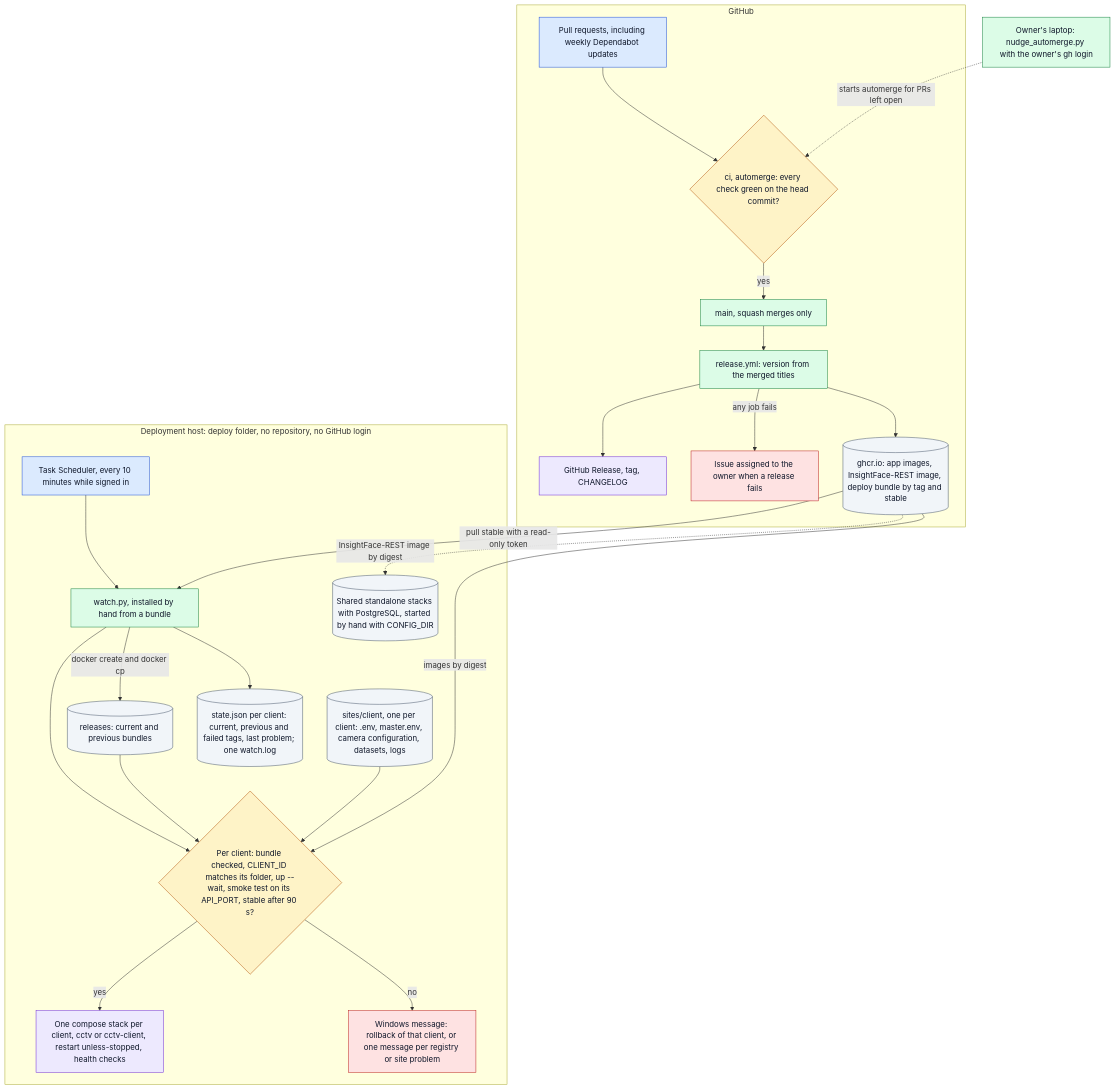
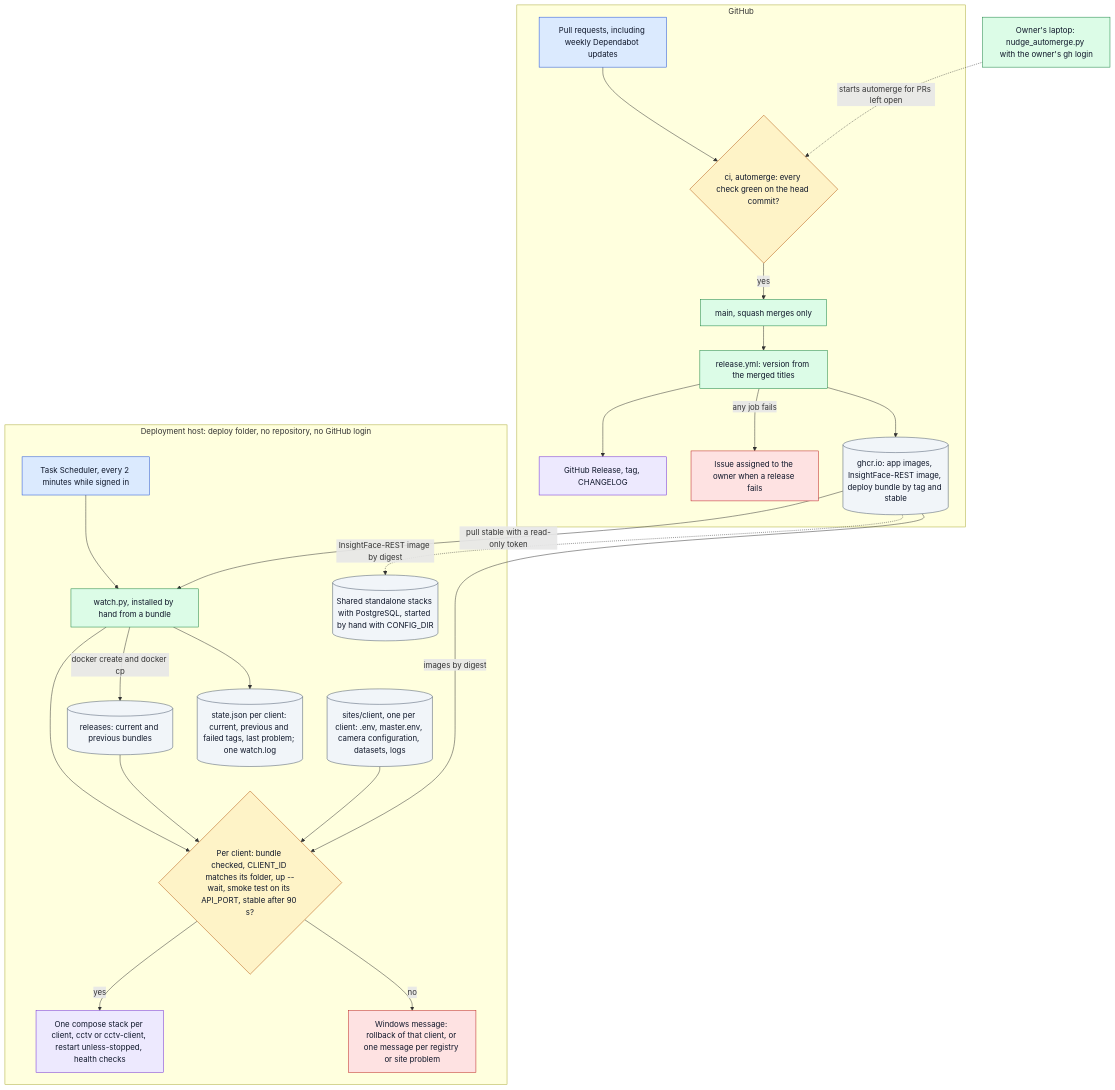
One commit to hamza-aziz-ai/CCTV-Face-Recognition-Attendance-System changed the second of 3 diagrams in docs/ARCHITECTURE.md. Above: the diagram before and after it, drawn with Mermaid. The commit also changed other lines of this file and 1 other file, not shown here.

Commit message:
docs: the deploy watcher runs every 2 minutes [skip ci]

````diff
--- a/docs/ARCHITECTURE.md
+++ b/docs/ARCHITECTURE.md
@@ -164,48 +164,48 @@
 ```mermaid
 flowchart TB
     subgraph GITHUB["`GitHub`"]
         PRS["`Pull requests, including weekly Dependabot updates`"]:::entry
         GATE{"`ci, automerge: every check green on the head commit?`"}:::decision
         MAIN["`main, squash merges only`"]:::step
         RELWF["`release.yml: version from the merged titles`"]:::step
         REL["`GitHub Release, tag, CHANGELOG`"]:::outcome
         ISSUE["`Issue assigned to the owner when a release fails`"]:::error
         GHCR[("`ghcr.io: app images, InsightFace-REST image, deploy bundle by tag and stable`")]:::store
     end
     NUDGE["`Owner's laptop: nudge_automerge.py with the owner's gh login`"]:::step
     subgraph HOST["`Deployment host: deploy folder, no repository, no GitHub login`"]
-        TASK["`Task Scheduler, every 10 minutes while signed in`"]:::entry
+        TASK["`Task Scheduler, every 2 minutes while signed in`"]:::entry
         WATCH["`watch.py, installed by hand from a bundle`"]:::step
         BUNDLES[("`releases: current and previous bundles`")]:::store
         SITE[("`sites/client, one per client: .env, master.env, camera configuration, datasets, logs`")]:::store
         STATE[("`state.json per client: current, previous and failed tags, last problem; one watch.log`")]:::store
         CHECK{"`Per client: bundle checked, CLIENT_ID matches its folder, up --wait, smoke test on its API_PORT, stable after 90 s?`"}:::decision
         STACK["`One compose stack per client, cctv or cctv-client, restart unless-stopped, health checks`"]:::outcome
         MSG["`Windows message: rollback of that client, or one message per registry or site problem`"]:::error
         SA[("`Shared standalone stacks with PostgreSQL, started by hand with CONFIG_DIR`")]:::store
     end
 
     PRS --> GATE -->|"`yes`"| MAIN --> RELWF
     RELWF --> GHCR
     RELWF --> REL
     RELWF -->|"`any job fails`"| ISSUE
     NUDGE -.->|"`starts automerge for PRs left open`"| GATE
     TASK --> WATCH
     GHCR -->|"`pull stable with a read-only token`"| WATCH
     WATCH -->|"`docker create and docker cp`"| BUNDLES
     WATCH --> CHECK
     BUNDLES --> CHECK
     SITE --> CHECK
     GHCR -->|"`images by digest`"| CHECK
     CHECK -->|"`yes`"| STACK
     CHECK -->|"`no`"| MSG
     WATCH --> STATE
     GHCR -.->|"`InsightFace-REST image by digest`"| SA
 
     classDef entry fill:#dbeafe,stroke:#1d4ed8,color:#0f172a
     classDef step fill:#dcfce7,stroke:#15803d,color:#0f172a
     classDef decision fill:#fef3c7,stroke:#b45309,color:#0f172a
     classDef outcome fill:#ede9fe,stroke:#6d28d9,color:#0f172a
     classDef error fill:#fee2e2,stroke:#b91c1c,color:#0f172a
     classDef store fill:#f1f5f9,stroke:#475569,color:#0f172a
 ```
````
